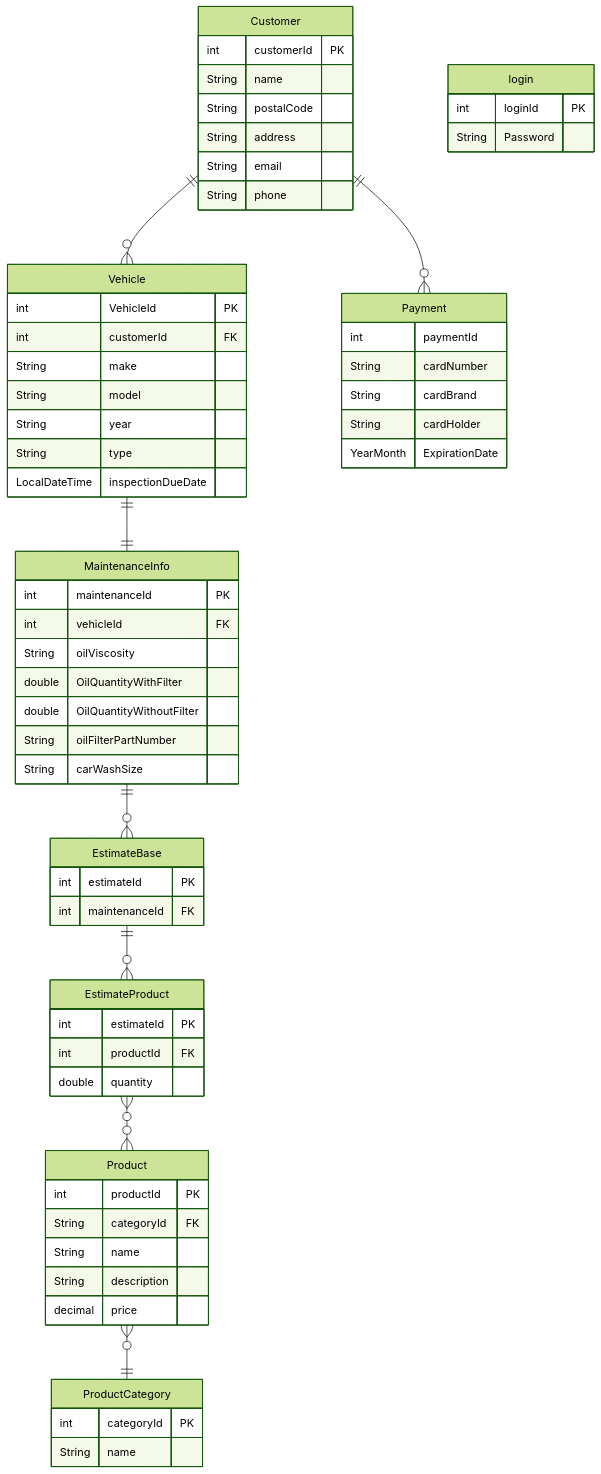
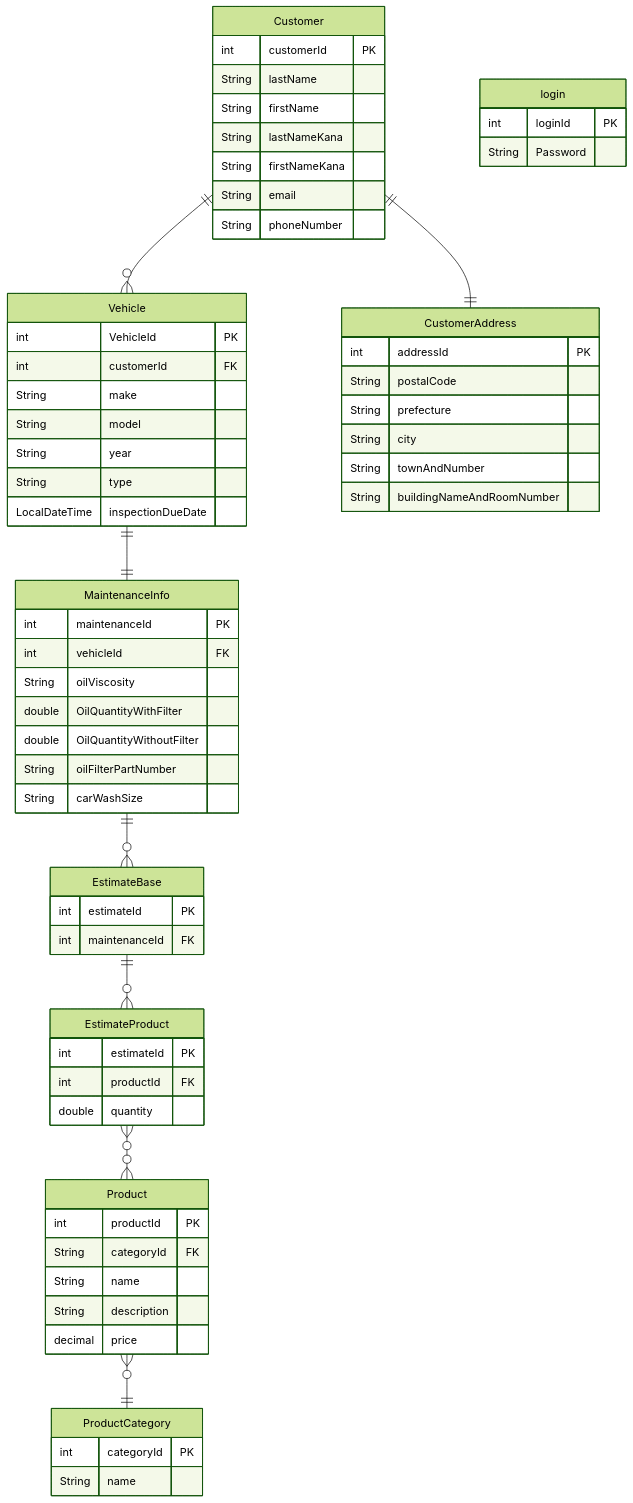
Before and after one commit to u-1pena/vehicle_estimate: the second of 3 diagrams in README.md, drawn with Mermaid. The commit also changed other lines of this file and 77 other files, not shown here.

````diff
--- a/README.md
+++ b/README.md
@@ -135,74 +120,76 @@
 ```mermaid
 ---
 config:
   theme: forest
 ---
 erDiagram
     Customer ||--o{ Vehicle: ""
-    Customer ||--o{ Payment: ""
+    Customer ||--|| CustomerAddress: ""
     Vehicle ||--|| MaintenanceInfo: ""
     EstimateBase ||--o{ EstimateProduct: ""
     MaintenanceInfo ||--o{ EstimateBase: ""
     EstimateProduct }o--o{ Product: ""
     Product }o--|| ProductCategory: ""
     login {
         int loginId PK
         String Password
     }
     Customer {
         int customerId PK
-        String name
+        String lastName
+        String firstName
+        String lastNameKana
+        String firstNameKana
+        String email
+        String phoneNumber
+    }
+    CustomerAddress {
+        int addressId PK
         String postalCode
-        String address
-        String email
-        String phone
-    }
-    Payment {
-        int paymentId
-        String cardNumber
-        String cardBrand
-        String cardHolder
-        YearMonth ExpirationDate
+        String prefecture
+        String city
+        String townAndNumber
+        String buildingNameAndRoomNumber
     }
 
     Vehicle {
         int VehicleId PK
         int customerId FK
         String make
         String model
         String year
         String type
         LocalDateTime inspectionDueDate
     }
     MaintenanceInfo {
         int maintenanceId PK
         int vehicleId FK
         String oilViscosity
         double OilQuantityWithFilter
         double OilQuantityWithoutFilter
         String oilFilterPartNumber
         String carWashSize
     }
     EstimateBase {
         int estimateId PK
         int maintenanceId FK
     }
     EstimateProduct {
         int estimateId PK
         int productId FK
         double quantity
     }
     Product {
         int productId PK
         String categoryId FK
         String name
         String description
         decimal price
     }
     ProductCategory {
         int categoryId PK
         String name
     }
 
 
 ```
````
